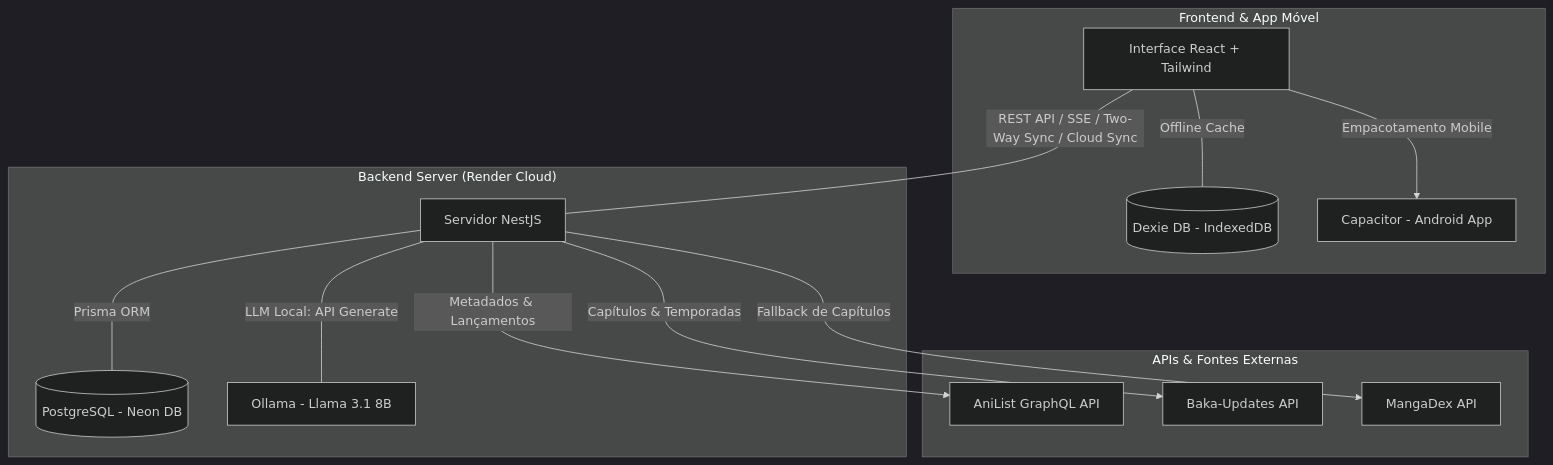
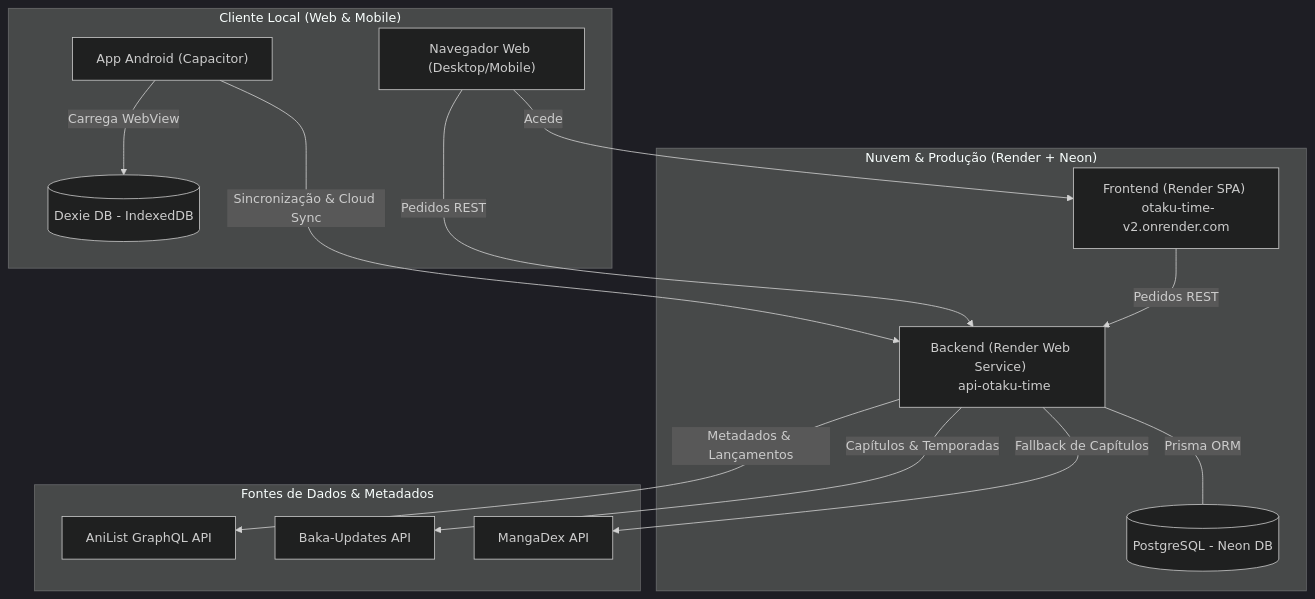
Before and after one commit to Braz55/Otaku-Time-v2: the first of 2 diagrams in README.md, drawn with Mermaid (dark theme). The commit also changed other lines of this file and 7 other files, not shown here.

````diff
--- a/README.md
+++ b/README.md
@@ -55,23 +61,34 @@
 ```mermaid
 flowchart TD
-    subgraph Cliente ["Frontend & App Móvel"]
-        A["Interface React + Tailwind"] ---|"Offline Cache"| B[(Dexie DB - IndexedDB)]
-        A -->|"Empacotamento Mobile"| C["Capacitor - Android App"]
-    end
-    
-    subgraph Servidor ["Backend Server (Render Cloud)"]
-        D["Servidor NestJS"] ---|"Prisma ORM"| E[(PostgreSQL - Neon DB)]
-        D ---|"LLM Local: API Generate"| F["Ollama - Llama 3.1 8B"]
+    subgraph Nuvem ["Nuvem & Produção (Render + Neon)"]
+        FE_Render["Frontend (Render SPA) \n otaku-time-v2.onrender.com"]
+        BE_Render["Backend (Render Web Service) \n api-otaku-time"]
+        DB_Neon[(PostgreSQL - Neon DB)]
     end
 
-    subgraph APIs ["APIs & Fontes Externas"]
-        G["AniList GraphQL API"]
-        H["Baka-Updates API"]
-        I["MangaDex API"]
+    subgraph Dispositivo ["Cliente Local (Web & Mobile)"]
+        Browser["Navegador Web (Desktop/Mobile)"]
+        Capacitor["App Android (Capacitor)"]
+        LocalDB[(Dexie DB - IndexedDB)]
     end
 
-    A ---|"REST API / SSE / Two-Way Sync / Cloud Sync"| D
-    D -->|"Metadados & Lançamentos"| G
-    D -->|"Capítulos & Temporadas"| H
-    D -->|"Fallback de Capítulos"| I
+    subgraph Fontes_Externas ["Fontes de Dados & Metadados"]
+        AniList["AniList GraphQL API"]
+        BakaUpdates["Baka-Updates API"]
+        MangaDex["MangaDex API"]
+    end
+
+    %% Relações de comunicação
+    Browser -->|Acede| FE_Render
+    Capacitor -->|Carrega WebView| LocalDB
+    
+    FE_Render -->|Pedidos REST| BE_Render
+    Browser -->|Pedidos REST| BE_Render
+    Capacitor -->|Sincronização & Cloud Sync| BE_Render
+    
+    BE_Render ---|"Prisma ORM"| DB_Neon
+    
+    BE_Render -->|Metadados & Lançamentos| AniList
+    BE_Render -->|Capítulos & Temporadas| BakaUpdates
+    BE_Render -->|Fallback de Capítulos| MangaDex
 ```
````
